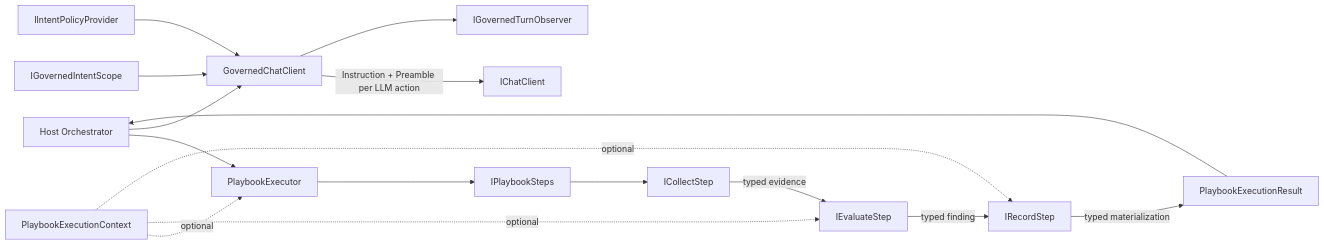
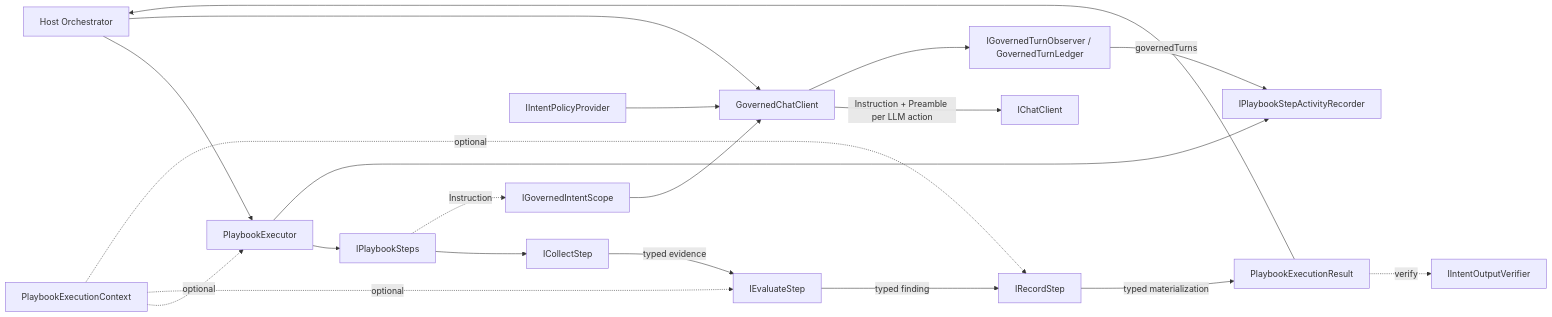
Before and after one commit to goodtocode/agents-playbook: the first of 2 diagrams in docs/product/sprint-0/agents-playbook-sprint-0-context-diagram.md, drawn with Mermaid. The commit also changed 1 other file, not shown here.

````diff
--- a/docs/product/sprint-0/agents-playbook-sprint-0-context-diagram.md
+++ b/docs/product/sprint-0/agents-playbook-sprint-0-context-diagram.md
@@ -10,19 +10,23 @@
 ```mermaid
 flowchart LR
     Host[Host Orchestrator] --> Executor[PlaybookExecutor]
     Definition[IPlaybookSteps]
     Executor --> Definition
     Definition --> Collect[ICollectStep]
     Collect -->|typed evidence| Evaluate[IEvaluateStep]
     Evaluate -->|typed finding| Record[IRecordStep]
     Record -->|typed materialization| Result[PlaybookExecutionResult]
     Context[PlaybookExecutionContext] -. optional .-> Executor
     Context -. optional .-> Evaluate
     Context -. optional .-> Record
     Result --> Host
     Host --> Governed[GovernedChatClient]
     Scope[IGovernedIntentScope] --> Governed
     Provider[IIntentPolicyProvider] --> Governed
     Governed -->|Instruction + Preamble per LLM action| Model[IChatClient]
-    Governed --> Observer[IGovernedTurnObserver]
+    Definition -. Instruction .-> Scope
+    Governed --> Observer[IGovernedTurnObserver / GovernedTurnLedger]
+    Observer -->|governedTurns| Recorder[IPlaybookStepActivityRecorder]
+    Executor --> Recorder
+    Result -. verify .-> Verifier[IIntentOutputVerifier]
 ```
````
